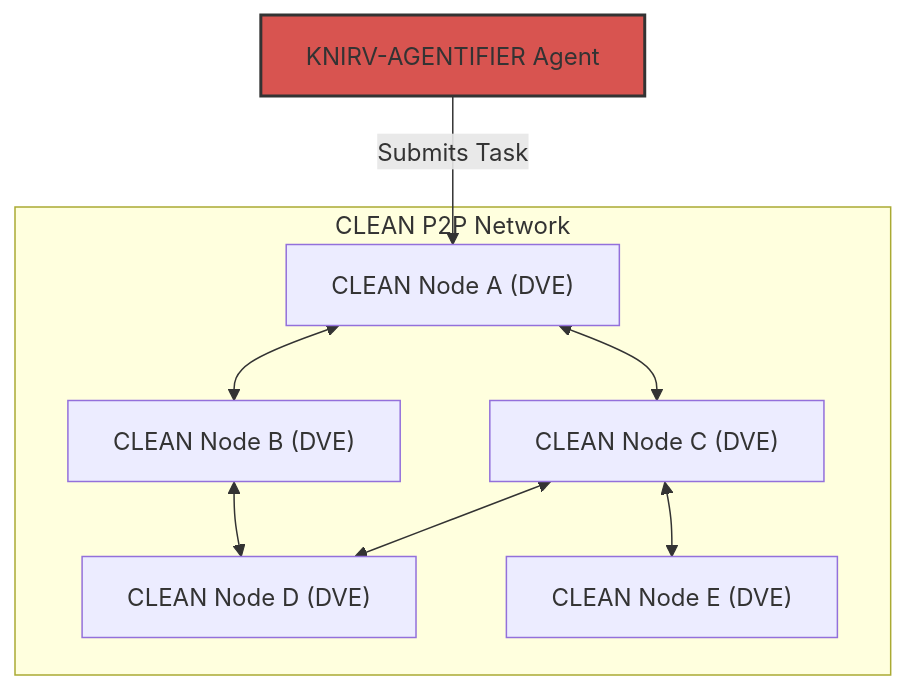
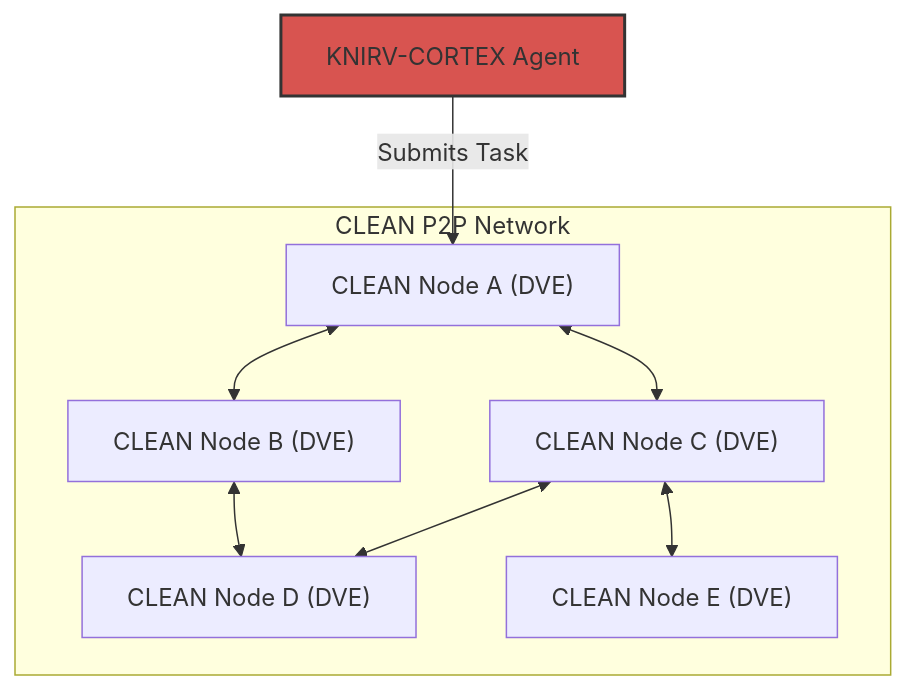
The second of 3 diagrams in KNIRVGATEWAY/documentation/docsify/whitepapers/KNIRVNEXUS_Whitepaper.md (guiperry/KNIRV_NETWORK), drawn with Mermaid before and after one commit. The commit also changed other lines of this file and 441 other files, not shown here.

````diff
--- a/KNIRVGATEWAY/documentation/docsify/whitepapers/KNIRVNEXUS_Whitepaper.md
+++ b/KNIRVGATEWAY/documentation/docsify/whitepapers/KNIRVNEXUS_Whitepaper.md
@@ -154,14 +154,14 @@
 ```mermaid
 graph TD
-    Client[KNIRV-AGENTIFIER Agent] -- "Submits Task" --> NodeA["CLEAN Node A (DVE)"]
+    Client[KNIRV-CORTEX Agent] -- "Submits Task" --> NodeA["CLEAN Node A (DVE)"]
 
     subgraph CLEAN_P2P_Network["CLEAN P2P Network"]
         NodeA <--> NodeB["CLEAN Node B (DVE)"]
         NodeA <--> NodeC["CLEAN Node C (DVE)"]
         NodeB <--> NodeD["CLEAN Node D (DVE)"]
         NodeC <--> NodeD
         NodeC <--> NodeE["CLEAN Node E (DVE)"]
     end
 
     style Client fill:#d85450,stroke:#333,stroke-width:2px
 ```
````
